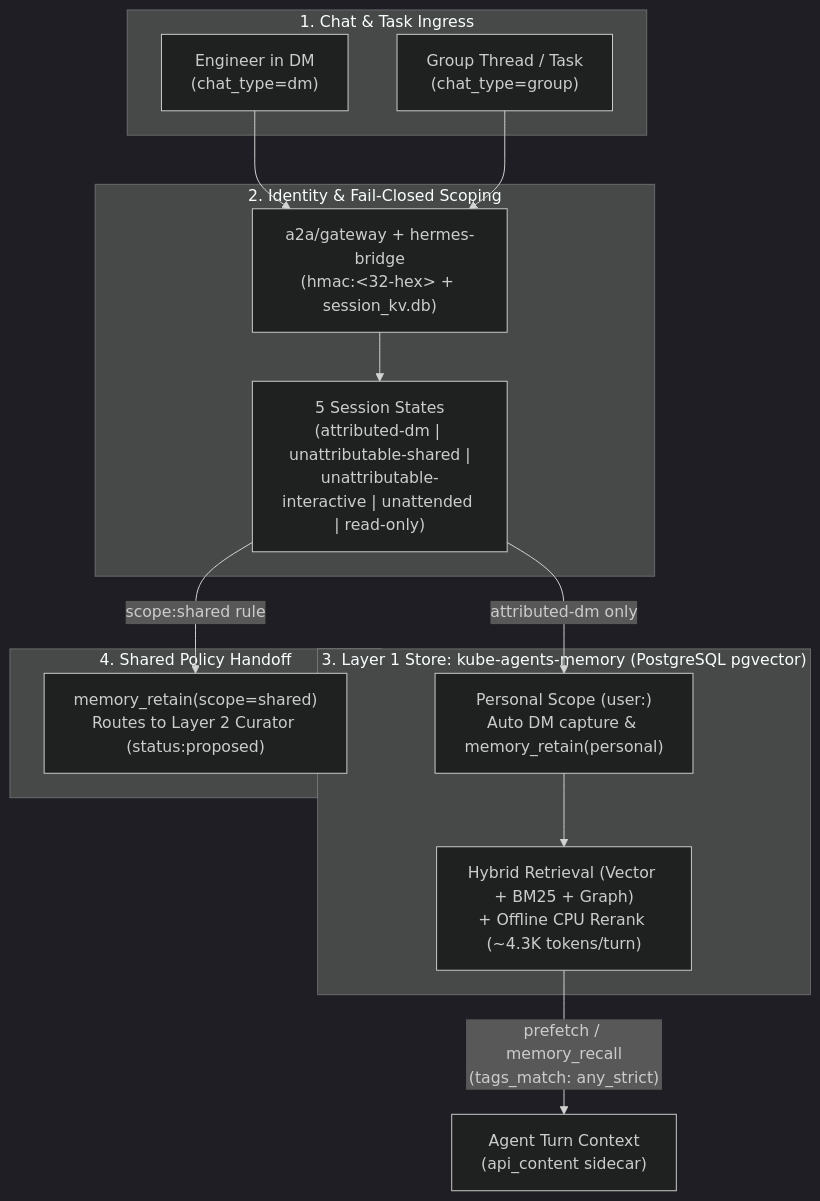
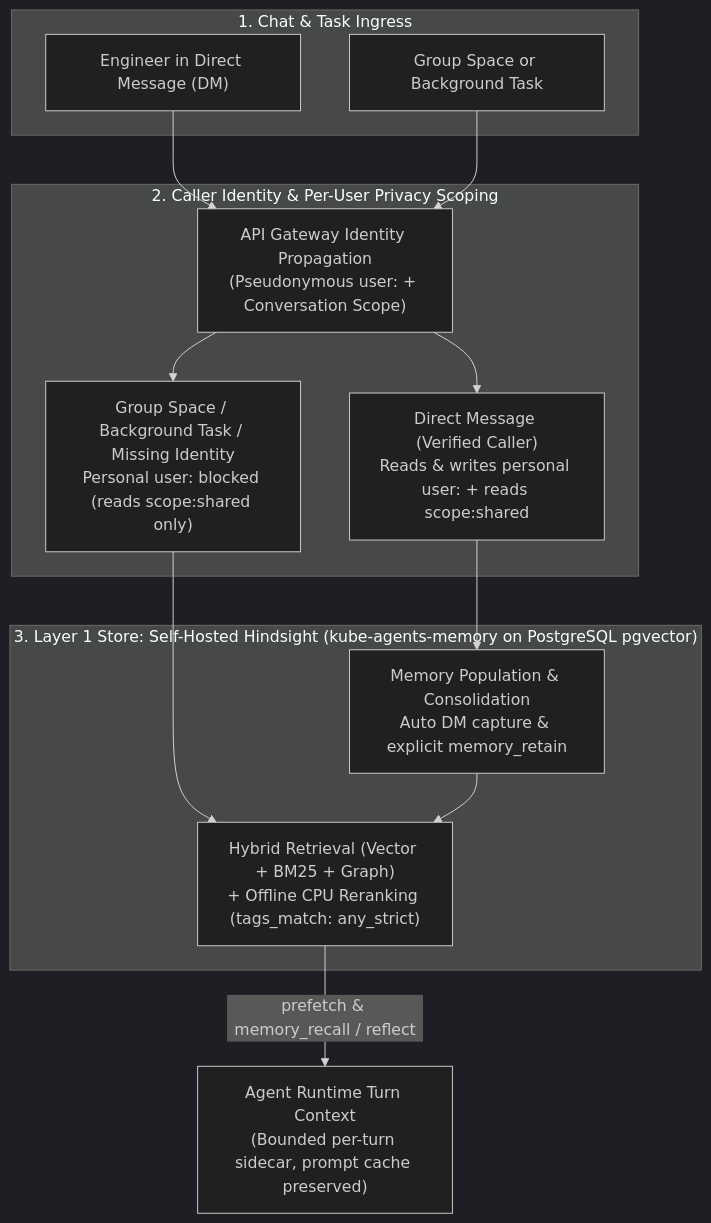
One commit to gke-labs/kube-agents changed the first of 5 diagrams in docs/designs/memory.md. Above: the diagram before and after it, drawn with Mermaid (dark theme).

Commit message:
docs(memory): simplify Layer 1 diagram to focus on conversational memory

````diff
--- a/docs/designs/memory.md
+++ b/docs/designs/memory.md
@@ -254,24 +254,23 @@
 ```mermaid
 flowchart TB
   subgraph Input["1. Chat & Task Ingress"]
-    DM["Engineer in DM\n(chat_type=dm)"]
-    GRP["Group Thread / Task\n(chat_type=group)"]
+    DM["Engineer in Direct Message (DM)"]
+    GRP["Group Space or Background Task"]
   end
-  subgraph Identity["2. Identity & Fail-Closed Scoping"]
-    GW["a2a/gateway + hermes-bridge\n(hmac:<32-hex> + session_kv.db)"]
-    ST["5 Session States\n(attributed-dm | unattributable-shared |\nunattributable-interactive | unattended | read-only)"]
+  subgraph Identity["2. Caller Identity & Per-User Privacy Scoping"]
+    GW["API Gateway Identity Propagation\n(Pseudonymous user:<id> + Conversation Scope)"]
+    DM_OK["Direct Message (Verified Caller)\nReads & writes personal user:<id> + reads scope:shared"]
+    GRP_NO["Group Space / Background Task / Missing Identity\nPersonal user:<id> blocked (reads scope:shared only)"]
   end
-  subgraph Store["3. Layer 1 Store: kube-agents-memory (PostgreSQL pgvector)"]
-    P["Personal Scope (user:<id>)\nAuto DM capture & memory_retain(personal)"]
-    R["Hybrid Retrieval (Vector + BM25 + Graph)\n+ Offline CPU Rerank (~4.3K tokens/turn)"]
-  end
-  subgraph L2Route["4. Shared Policy Handoff"]
-    L2["memory_retain(scope=shared)\nRoutes to Layer 2 Curator (status:proposed)"]
+  subgraph Store["3. Layer 1 Store: Self-Hosted Hindsight (kube-agents-memory on PostgreSQL pgvector)"]
+    P["Memory Population & Consolidation\nAuto DM capture & explicit memory_retain"]
+    R["Hybrid Retrieval (Vector + BM25 + Graph)\n+ Offline CPU Reranking (tags_match: any_strict)"]
   end
   DM --> GW
   GRP --> GW
-  GW --> ST
-  ST -->|"attributed-dm only"| P
-  ST -->|"scope:shared rule"| L2
-  P --> R -->|"prefetch / memory_recall\n(tags_match: any_strict)"| Ctx["Agent Turn Context\n(api_content sidecar)"]
+  GW --> DM_OK
+  GW --> GRP_NO
+  DM_OK --> P
+  GRP_NO --> R
+  P --> R -->|"prefetch & memory_recall / reflect"| Ctx["Agent Runtime Turn Context\n(Bounded per-turn sidecar, prompt cache preserved)"]
 ```
````
